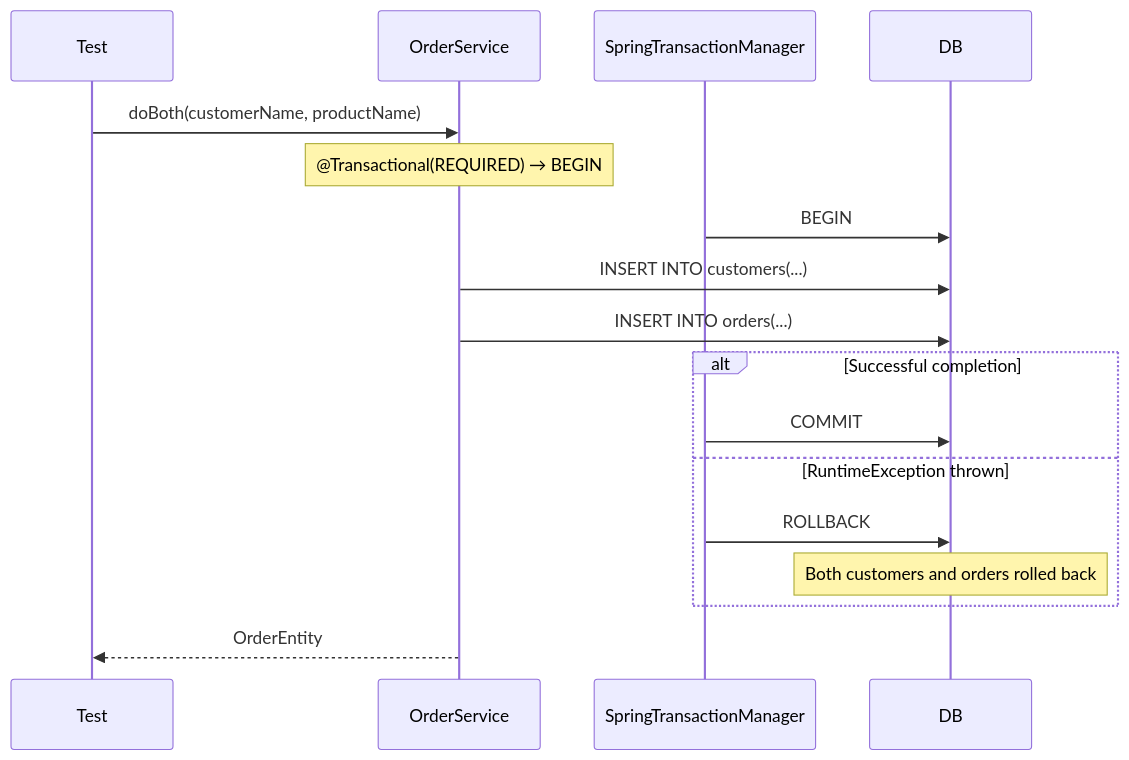
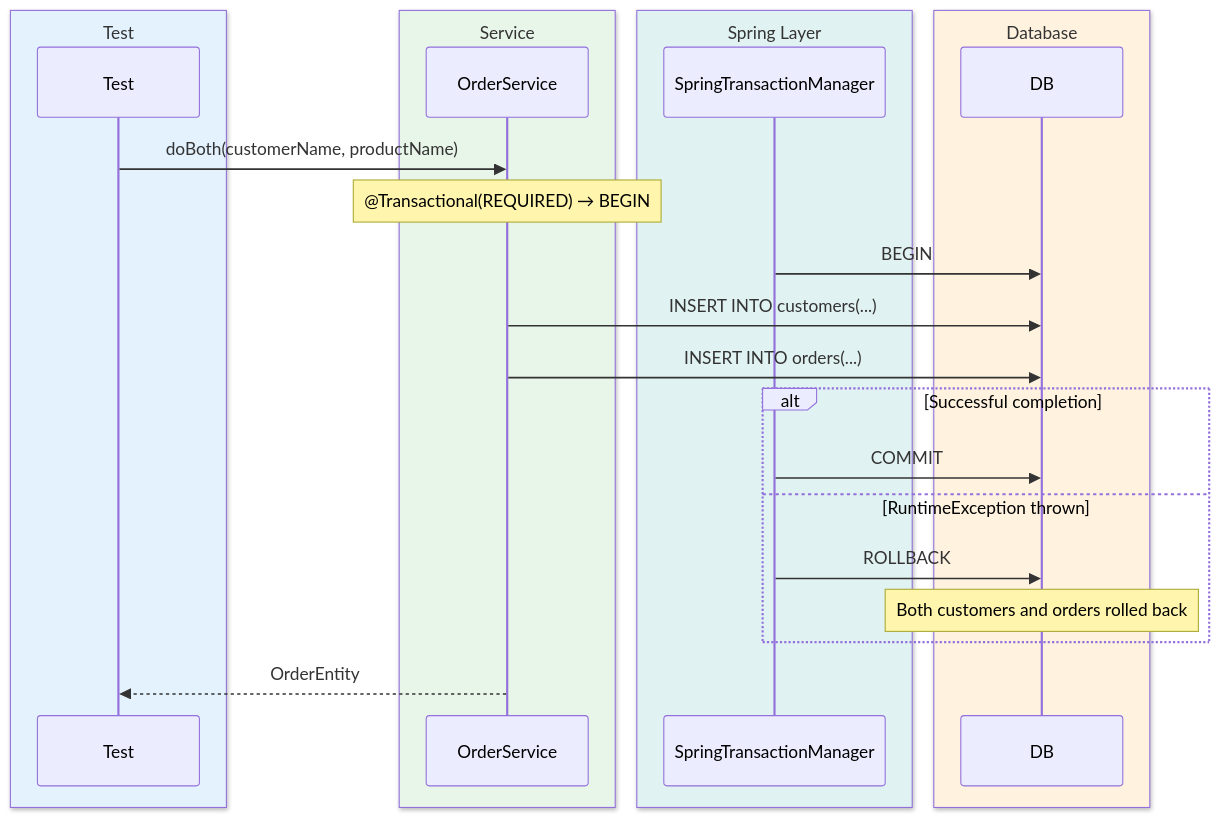
One commit to bluetape4k/exposed-workshop changed the second of 2 diagrams in 09-spring/03-spring-transaction/README.md. Above: the diagram before and after it, drawn with Mermaid. The commit also changed 43 other files, not shown here.

First line of the commit message:
docs: sequence diagram에 box rgb() 파스텔 영역 적용

````diff
--- a/09-spring/03-spring-transaction/README.md
+++ b/09-spring/03-spring-transaction/README.md
@@ -159,21 +159,29 @@
 ```mermaid
-%%{init: {"theme": "neutral", "themeVariables": {"fontFamily": "'Comic Mono', 'goorm sans code', 'JetBrains Mono', 'goorm sans'", "actorBkg": "#E3F2FD", "actorBorder": "#90CAF9", "actorTextColor": "#1565C0", "actorLineColor": "#90CAF9", "activationBkgColor": "#E8F5E9", "activationBorderColor": "#A5D6A7", "labelBoxBkgColor": "#FFF3E0", "labelBoxBorderColor": "#FFCC80", "labelTextColor": "#E65100", "loopTextColor": "#6A1B9A", "noteBkgColor": "#F3E5F5", "noteBorderColor": "#CE93D8", "noteTextColor": "#6A1B9A", "signalColor": "#1565C0", "signalTextColor": "#1565C0"}}}%%
+%%{init: {"theme": "neutral", "themeVariables": {"fontFamily": "'Comic Mono', 'goorm sans code', 'JetBrains Mono', 'goorm sans'"}}}%%
 sequenceDiagram
-    participant Test
-    participant OrderService
-    participant STM as SpringTransactionManager
-    participant DB
+    box rgb(227, 242, 253) Test
+        participant Test
+    end
+    box rgb(232, 245, 233) Service
+        participant OrderService
+    end
+    box rgb(224, 242, 241) Spring Layer
+        participant STM as SpringTransactionManager
+    end
+    box rgb(255, 243, 224) Database
+        participant DB
+    end
 
     Test->>OrderService: doBoth(customerName, productName)
     Note over OrderService: @Transactional(REQUIRED) → BEGIN
     STM->>DB: BEGIN
     OrderService->>DB: INSERT INTO customers(...)
     OrderService->>DB: INSERT INTO orders(...)
     alt Successful completion
         STM->>DB: COMMIT
     else RuntimeException thrown
         STM->>DB: ROLLBACK
         Note over DB: Both customers and orders rolled back
     end
     OrderService-->>Test: OrderEntity
 ```
````
